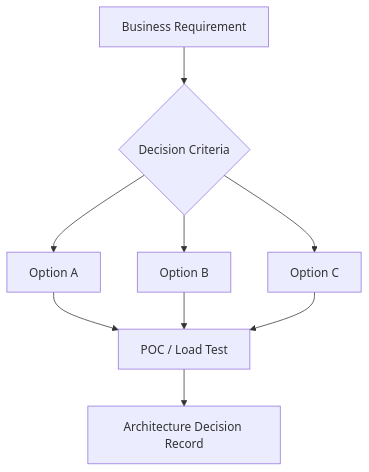
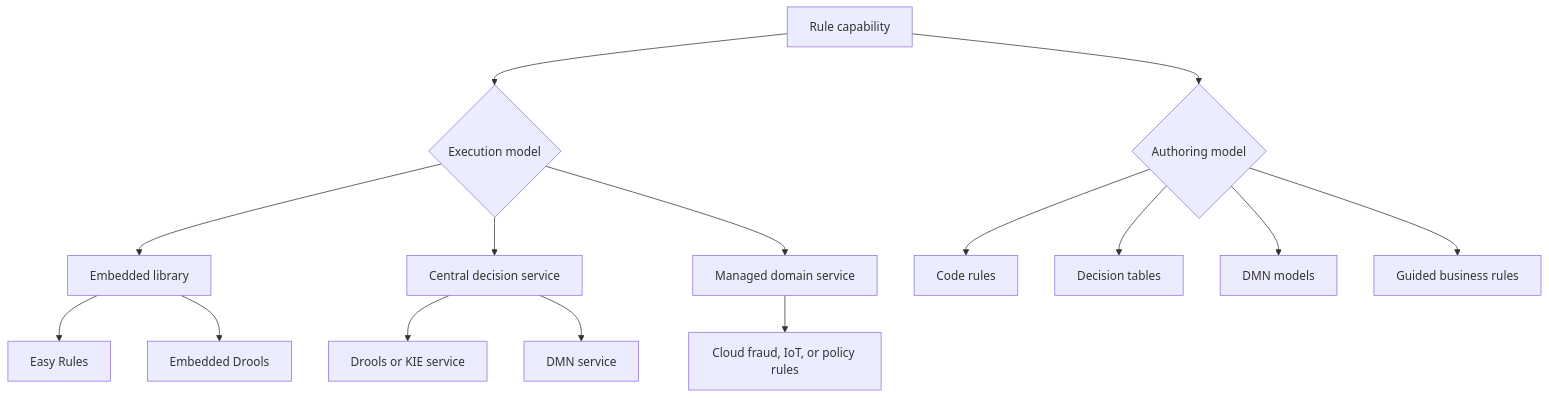
One commit to pradeep2Tech/pradeep2Tech.github.io changed the second of 3 diagrams in content/technology-playbook/how-to-choose-rule-engine.md. Above: the diagram before and after it, drawn with Mermaid. The commit also changed other lines of this file and 10 other files, not shown here.

````diff
--- a/content/technology-playbook/how-to-choose-rule-engine.md
+++ b/content/technology-playbook/how-to-choose-rule-engine.md
@@ -32,11 +117,20 @@
 ```mermaid
 flowchart TD
-  req[Business Requirement] --> criteria{Decision Criteria}
-  criteria --> optionA[Option A]
-  criteria --> optionB[Option B]
-  criteria --> optionC[Option C]
-  optionA --> validate[POC / Load Test]
-  optionB --> validate
-  optionC --> validate
-  validate --> decision[Architecture Decision Record]
+  A[Rule capability]
+
+  A --> B{Execution model}
+  B --> C[Embedded library]
+  B --> D[Central decision service]
+  B --> E[Managed domain service]
+  C --> C1[Easy Rules]
+  C --> C2[Embedded Drools]
+  D --> D1[Drools or KIE service]
+  D --> D2[DMN service]
+  E --> E1[Cloud fraud, IoT, or policy rules]
+
+  A --> F{Authoring model}
+  F --> F1[Code rules]
+  F --> F2[Decision tables]
+  F --> F3[DMN models]
+  F --> F4[Guided business rules]
 ```
````
